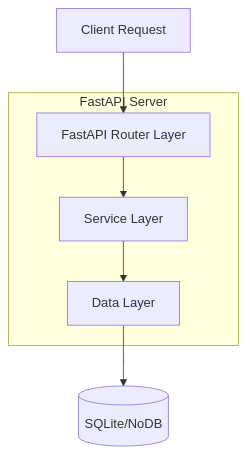
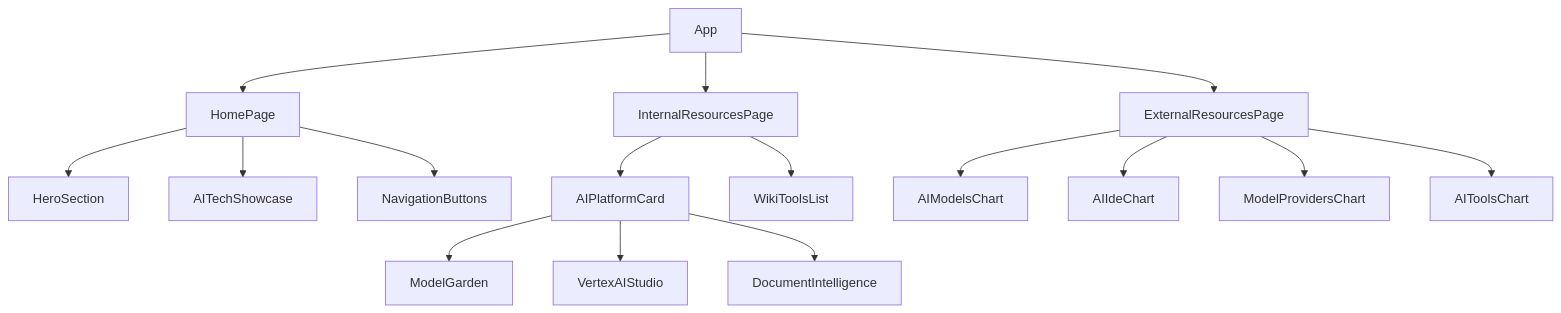
Before and after one commit to FeiWangHub/abcAICommunityLiveDemo: the second of 2 diagrams in .trae/documents/abc-ai-community-technical-architecture.md, drawn with Mermaid. The commit also changed other lines of this file and 25 other files, not shown here.

````diff
--- a/.trae/documents/abc-ai-community-technical-architecture.md
+++ b/.trae/documents/abc-ai-community-technical-architecture.md
@@ -155,13 +80,22 @@
 ```mermaid
 graph TD
-  A[Client Request] --> B[FastAPI Router Layer]
-  B --> C[Service Layer]
-  C --> D[Data Layer]
-  D --> E[(SQLite/NoDB)]
-
-  subgraph "FastAPI Server"
-      B
-      C
-      D
-  end
+  A[App] --> B[HomePage]
+  A --> C[InternalResourcesPage]
+  A --> D[ExternalResourcesPage]
+  
+  B --> E[HeroSection]
+  B --> F[AITechShowcase]
+  B --> G[NavigationButtons]
+  
+  C --> H[AIPlatformCard]
+  C --> I[WikiToolsList]
+  
+  D --> J[AIModelsChart]
+  D --> K[AIIdeChart]
+  D --> L[ModelProvidersChart]
+  D --> M[AIToolsChart]
+  
+  H --> N[ModelGarden]
+  H --> O[VertexAIStudio]
+  H --> P[DocumentIntelligence]
 ```
````
